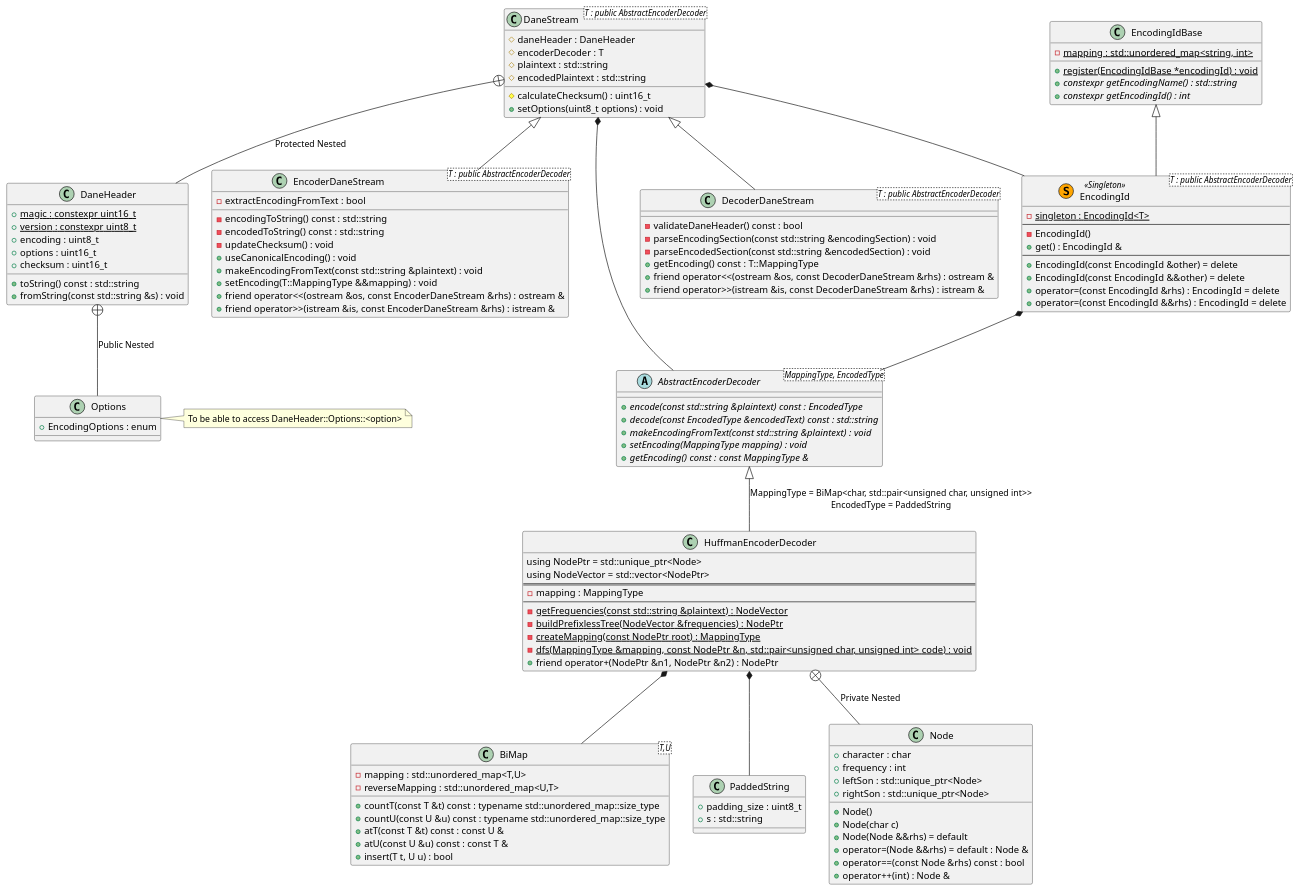
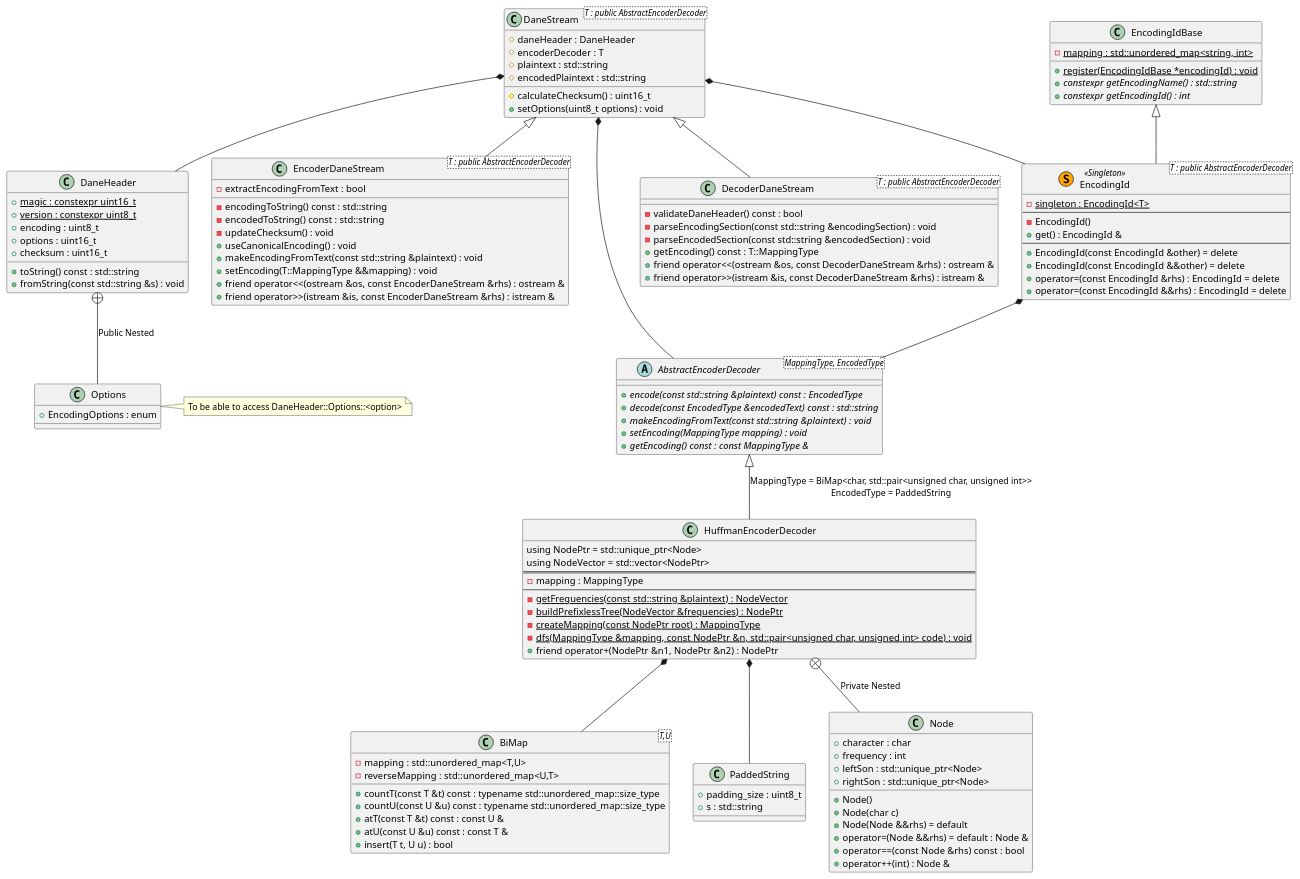
The diagram in docs/design.puml (dan1994/cpp--dane), drawn with PlantUML before and after one commit. The commit also changed 1 other file, not shown here.

Commit message:
Updated design UML to have DaneHeader not nested under DaneStream

```diff
--- a/docs/design.puml
+++ b/docs/design.puml
@@ -1,130 +1,130 @@
 @startuml dane
 class BiMap<T,U> {
 	- {field}	mapping : std::unordered_map<T,U>
 	- {field}	reverseMapping : std::unordered_map<U,T>
 	+ {method}	countT(const T &t) const : typename std::unordered_map::size_type
 	+ {method}	countU(const U &u) const : typename std::unordered_map::size_type
 	+ {method}	atT(const T &t) const : const U &
 	+ {method}	atU(const U &u) const : const T &
 	+ {method}	insert(T t, U u) : bool
 }
 
 class PaddedString {
 	+ {field}	padding_size : uint8_t
 	+ {field}	s : std::string
 }
 
 abstract class AbstractEncoderDecoder<MappingType, EncodedType> {
 	+ {method}	{abstract} encode(const std::string &plaintext) const : EncodedType
 	+ {method}	{abstract} decode(const EncodedType &encodedText) const : std::string
 	+ {method}	{abstract} makeEncodingFromText(const std::string &plaintext) : void
 	+ {method}	{abstract} setEncoding(MappingType mapping) : void
 	+ {method}	{abstract} getEncoding() const : const MappingType &
 }
 
 AbstractEncoderDecoder <|-- HuffmanEncoderDecoder : \
 MappingType = BiMap<char, std::pair<unsigned char, unsigned int>>\n\
 EncodedType = PaddedString
 HuffmanEncoderDecoder *-- BiMap
 HuffmanEncoderDecoder *-- PaddedString
 HuffmanEncoderDecoder +-- Node : "Private Nested"
 class HuffmanEncoderDecoder {
 	using NodePtr = std::unique_ptr<Node>
 	using NodeVector = std::vector<NodePtr>
 	==
 	- {field}	mapping : MappingType
 	--
 	- {method}	{static} getFrequencies(const std::string &plaintext) : NodeVector
 	- {method}	{static} buildPrefixlessTree(NodeVector &frequencies) : NodePtr
 	- {method}	{static} createMapping(const NodePtr root) : MappingType
 	- {method}	{static} dfs(MappingType &mapping, const NodePtr &n, \
 std::pair<unsigned char, unsigned int> code) : void
 	+ {method}	friend operator+(NodePtr &n1, NodePtr &n2) : NodePtr
 }
 
 class Node {
 	+ {field}	character : char
 	+ {field}	frequency : int
 	+ {field}	leftSon : std::unique_ptr<Node>
 	+ {field}	rightSon : std::unique_ptr<Node>
 	+ {method}	Node()
 	+ {method}	Node(char c)
 	+ {method}	Node(Node &&rhs) = default
 	+ {method}	operator=(Node &&rhs) = default : Node &
 	+ {method}	operator==(const Node &rhs) const : bool
 	+ {method}	operator++(int) : Node &
 }
 
-DaneStream +-- DaneHeader : Protected Nested
+DaneStream *-- DaneHeader
 class DaneHeader {
 	+ {field}	{static} magic : constexpr uint16_t
 	+ {field}	{static} version : constexpr uint8_t
 	+ {field}	encoding : uint8_t
 	+ {field}	options : uint16_t
 	+ {field}	checksum : uint16_t
 	+ {method}	toString() const : std::string
 	+ {method}	fromString(const std::string &s) : void
 }
 
 DaneHeader +-- Options : Public Nested
 note right of Options : To be able to access DaneHeader::Options::<option>
 class Options {
 	+ {field}	EncodingOptions : enum
 }
 
 DaneStream *-- AbstractEncoderDecoder
 DaneStream *-- EncodingId
 class DaneStream<T : public AbstractEncoderDecoder> {
 	# {field}	daneHeader : DaneHeader
 	# {field}	encoderDecoder : T
 	# {field}	plaintext : std::string
 	# {field}	encodedPlaintext : std::string
 	# {method}	calculateChecksum() : uint16_t
 	+ {method}	setOptions(uint8_t options) : void
 }
 
 DaneStream <|-- EncoderDaneStream
 class EncoderDaneStream<T : public AbstractEncoderDecoder> {
 	- {field}	extractEncodingFromText : bool
 	- {method}	encodingToString() const : std::string
 	- {method}	encodedToString() const : std::string
 	- {method}	updateChecksum() : void
 	+ {method}	useCanonicalEncoding() : void
 	+ {method}	makeEncodingFromText(const std::string &plaintext) : void
 	+ {method}	setEncoding(T::MappingType &&mapping) : void
 	+ {method}	friend operator<<(ostream &os, const EncoderDaneStream &rhs) : ostream &
 	+ {method}	friend operator>>(istream &is, const EncoderDaneStream &rhs) : istream &
 }
 
 DaneStream <|-- DecoderDaneStream
 class DecoderDaneStream<T : public AbstractEncoderDecoder> {
 	- {method}	validateDaneHeader() const : bool
 	- {method}	parseEncodingSection(const std::string &encodingSection) : void
 	- {method}	parseEncodedSection(const std::string &encodedSection) : void
 	+ {method}	getEncoding() const : T::MappingType
 	+ {method}	friend operator<<(ostream &os, const DecoderDaneStream &rhs) : ostream &
 	+ {method}	friend operator>>(istream &is, const DecoderDaneStream &rhs) : istream &
 }
 
 class EncodingIdBase {
 	- {field}	{static} mapping : std::unordered_map<string, int>
 	+ {method}	{static} register(EncodingIdBase *encodingId) : void
 	+ {method}	{abstract} constexpr getEncodingName() : std::string
 	+ {method}	{abstract} constexpr getEncodingId() : int
 }
 
 EncodingIdBase <|-- EncodingId
 EncodingId *-- AbstractEncoderDecoder
 class EncodingId<T : public AbstractEncoderDecoder> << (S,Orange) Singleton >> {
 	- {field}	{static} singleton : EncodingId<T>
 	--
 	- {method}	EncodingId()
 	+ {method}	get() : EncodingId &
 	--
 	+ {method}	EncodingId(const EncodingId &other) = delete
 	+ {method}	EncodingId(const EncodingId &&other) = delete
 	+ {method}	operator=(const EncodingId &rhs) : EncodingId = delete
 	+ {method}	operator=(const EncodingId &&rhs) : EncodingId = delete
 }
 
 @enduml
```
